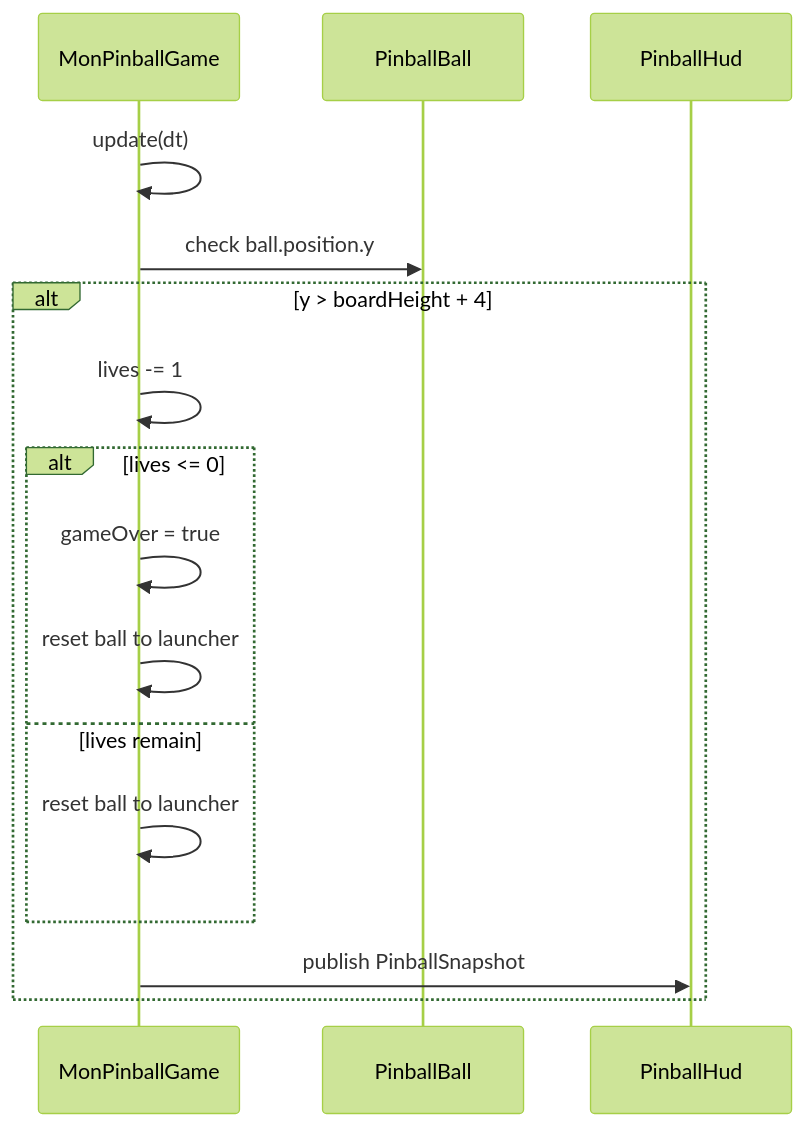
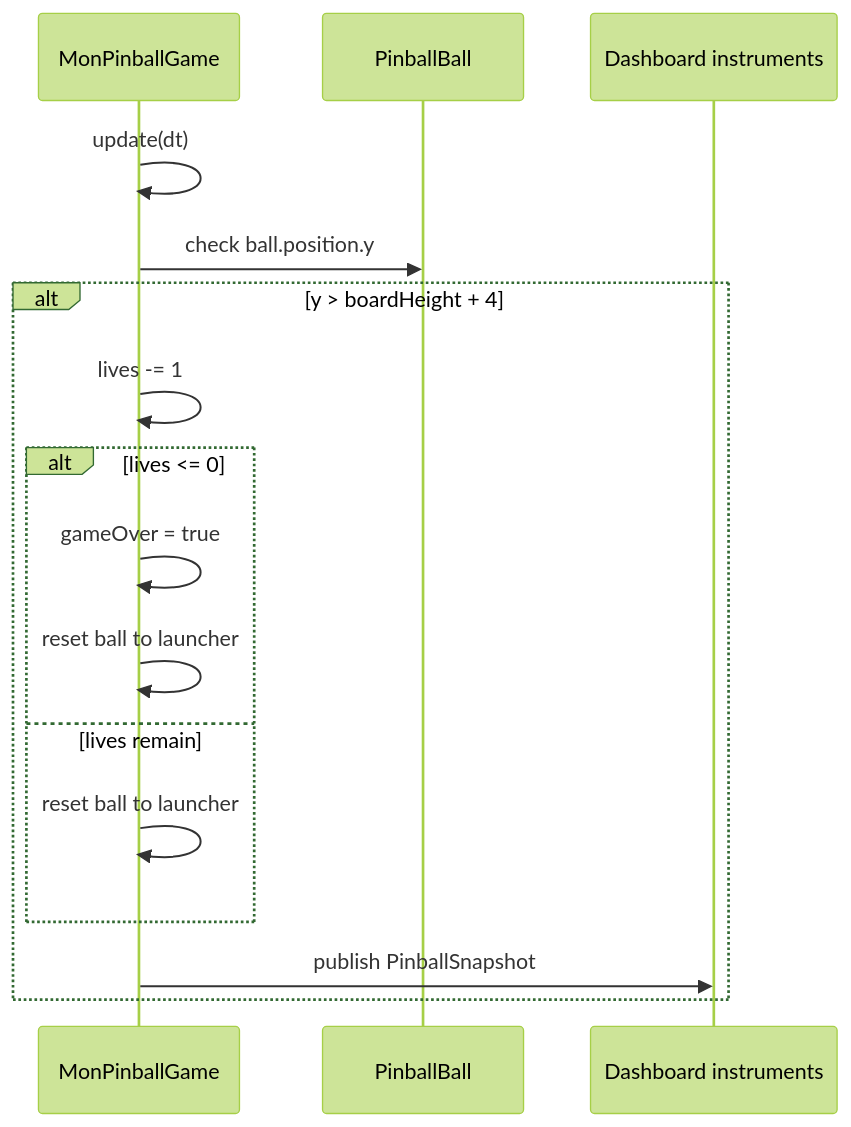
Before and after one commit to cassiadev/mon_pinball: the seventh of 7 diagrams in README.md, drawn with Mermaid (forest theme). The commit also changed other lines of this file and 1 other file, not shown here.

````diff
--- a/README.md
+++ b/README.md
@@ -351,19 +437,19 @@
 ```mermaid
 sequenceDiagram
   participant Game as MonPinballGame
   participant Ball as PinballBall
-  participant HUD as PinballHud
+  participant HUD as Dashboard instruments
 
   Game->>Game: update(dt)
   Game->>Ball: check ball.position.y
   alt y > boardHeight + 4
     Game->>Game: lives -= 1
     alt lives <= 0
       Game->>Game: gameOver = true
       Game->>Game: reset ball to launcher
     else lives remain
       Game->>Game: reset ball to launcher
     end
     Game->>HUD: publish PinballSnapshot
   end
 ```
````
